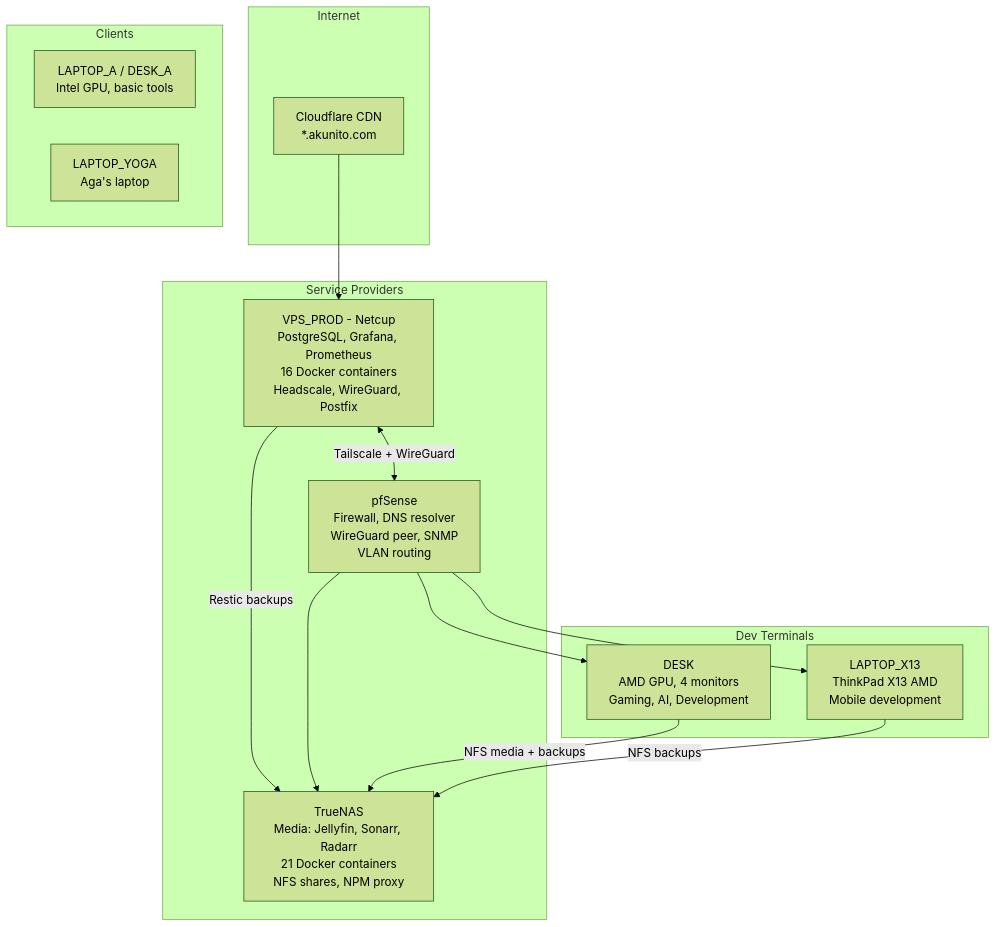
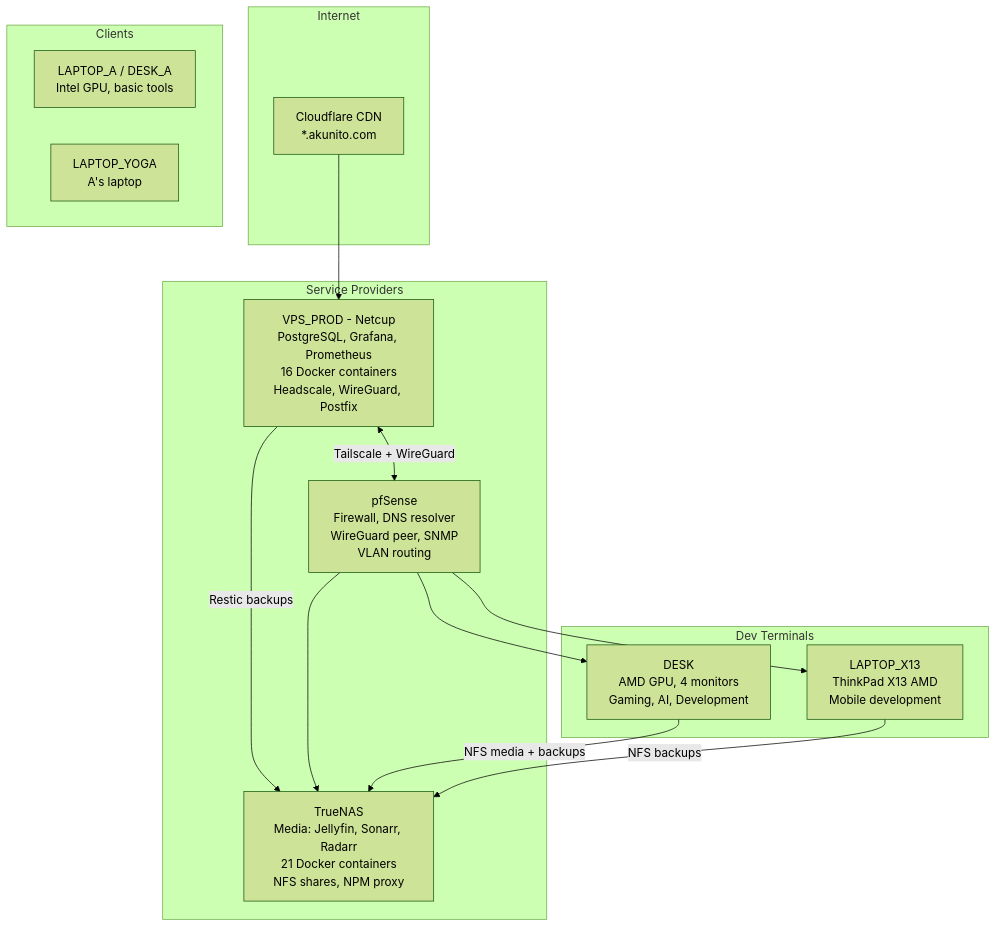
Before and after one commit to akunito/my_nixos: the first of 2 diagrams in README.md, drawn with Mermaid (forest theme). The commit also changed 7 other files, not shown here.

````diff
--- a/README.md
+++ b/README.md
@@ -13,31 +13,31 @@
 ```mermaid
 graph TB
     subgraph Internet
         CF[Cloudflare CDN<br/>*.akunito.com]
     end
 
     subgraph Service Providers
         VPS[VPS_PROD - Netcup<br/>PostgreSQL, Grafana, Prometheus<br/>16 Docker containers<br/>Headscale, WireGuard, Postfix]
         TN[TrueNAS<br/>Media: Jellyfin, Sonarr, Radarr<br/>21 Docker containers<br/>NFS shares, NPM proxy]
         PF[pfSense<br/>Firewall, DNS resolver<br/>WireGuard peer, SNMP<br/>VLAN routing]
     end
 
     subgraph Dev Terminals
         DESK[DESK<br/>AMD GPU, 4 monitors<br/>Gaming, AI, Development]
         X13[LAPTOP_X13<br/>ThinkPad X13 AMD<br/>Mobile development]
     end
 
     subgraph Clients
         LA[LAPTOP_A / DESK_A<br/>Intel GPU, basic tools]
-        YOGA[LAPTOP_YOGA<br/>Aga's laptop]
+        YOGA[LAPTOP_YOGA<br/>A's laptop]
     end
 
     CF --> VPS
     VPS <-->|Tailscale + WireGuard| PF
     VPS -->|Restic backups| TN
     PF --> TN
     PF --> DESK
     PF --> X13
     DESK -->|NFS media + backups| TN
     X13 -->|NFS backups| TN
 ```
````
